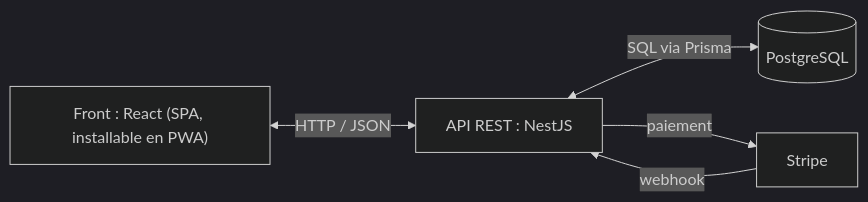
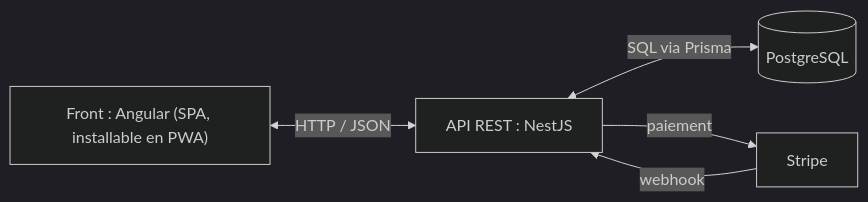
The diagram in README.md (victormetral/financepilot), drawn with Mermaid (dark theme) before and after one commit. The commit also changed other lines of this file, not shown here.

Commit message:
docs: update README for the Angular front and 2027 start dates

````diff
--- a/README.md
+++ b/README.md
@@ -80,7 +80,7 @@
 ```mermaid
 flowchart LR
-  FRONT["Front : React (SPA, installable en PWA)"] <-->|HTTP / JSON| API["API REST : NestJS"]
+  FRONT["Front : Angular (SPA, installable en PWA)"] <-->|HTTP / JSON| API["API REST : NestJS"]
   API <-->|SQL via Prisma| DB[(PostgreSQL)]
   API -->|paiement| STRIPE["Stripe"]
   STRIPE -->|webhook| API
 ```
````
